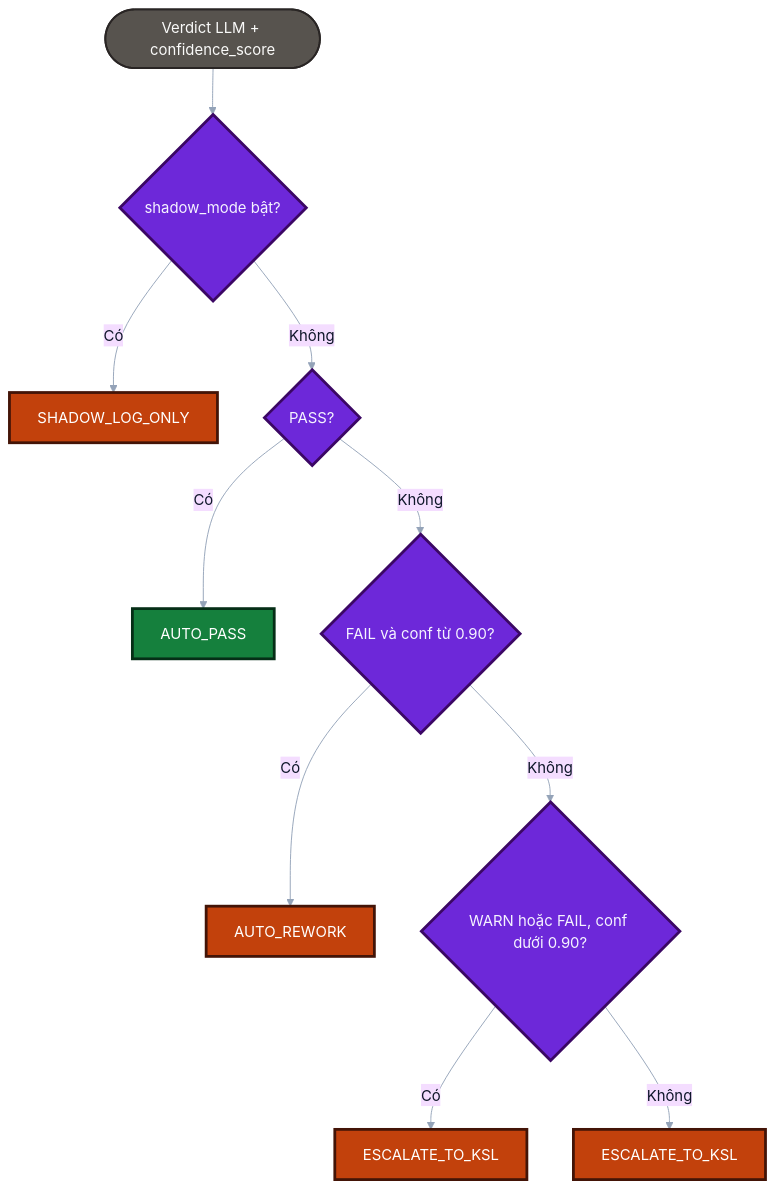
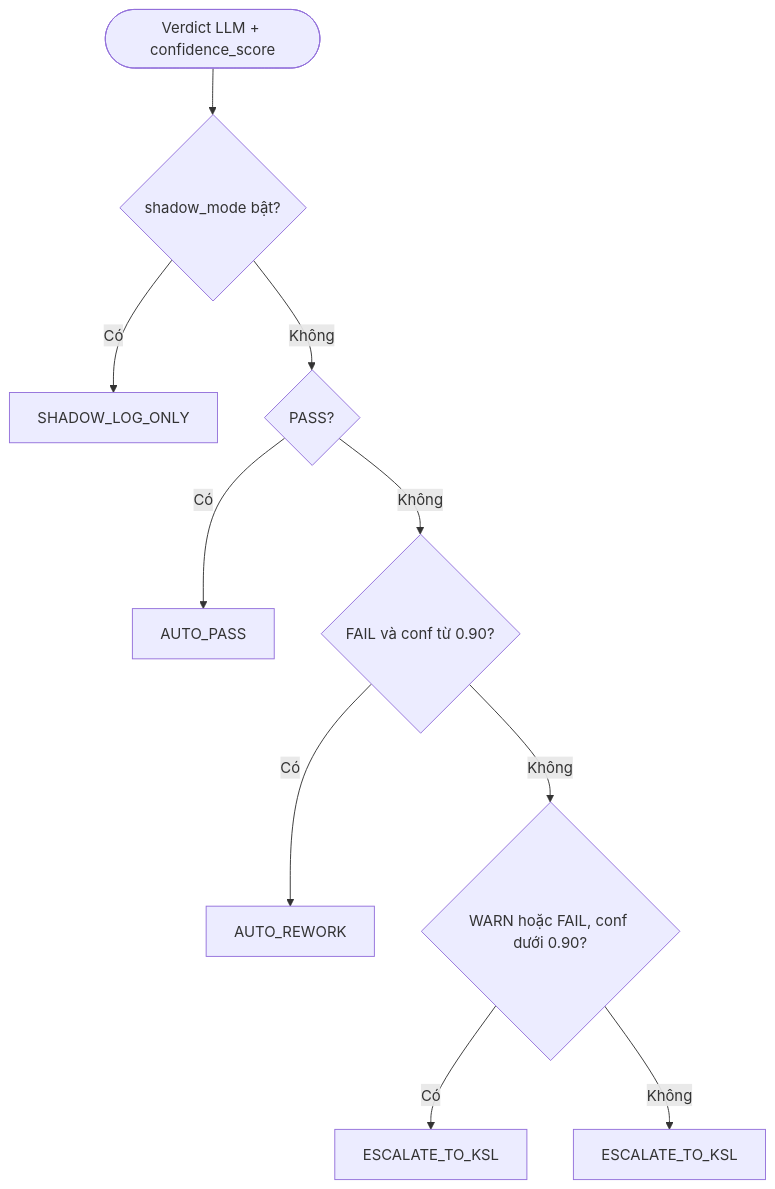
Before and after one commit to Tritintruong114/ai-agents-qa: the sixth of 8 diagrams in README.md, drawn with Mermaid. The commit also changed other lines of this file, not shown here.

First line of the commit message:
docs(readme): simplify Mermaid diagrams (remove theme, classDef, node classes)

````diff
--- a/README.md
+++ b/README.md
@@ -294,20 +263,13 @@
 ```mermaid
-%%{init: {'theme':'base', 'themeVariables': {'lineColor': '#94a3b8', 'primaryTextColor': '#0f172a'}}}%%
 flowchart TD
-    classDef pass fill:#15803d,stroke:#052e16,color:#ffffff,stroke-width:3px;
-    classDef fail fill:#b91c1c,stroke:#450a0a,color:#ffffff,stroke-width:3px;
-    classDef warn fill:#c2410c,stroke:#431407,color:#ffffff,stroke-width:3px;
-    classDef neutral fill:#1d4ed8,stroke:#172554,color:#ffffff,stroke-width:3px;
-    classDef step fill:#57534e,stroke:#292524,color:#fafaf9,stroke-width:2px;
-    classDef decision fill:#6d28d9,stroke:#3b0764,color:#f5f3ff,stroke-width:3px;
 
-    START([Verdict LLM + confidence_score]):::step --> SH{"shadow_mode bật?"}:::decision
-    SH -->|Có| L1[SHADOW_LOG_ONLY]:::warn
-    SH -->|Không| P{PASS?}:::decision
-    P -->|Có| L2[AUTO_PASS]:::pass
-    P -->|Không| F{"FAIL và conf từ 0.90?"}:::decision
-    F -->|Có| L3[AUTO_REWORK]:::warn
-    F -->|Không| W{"WARN hoặc FAIL, conf dưới 0.90?"}:::decision
-    W -->|Có| L4[ESCALATE_TO_KSL]:::warn
-    W -->|Không| L5[ESCALATE_TO_KSL]:::warn
+    START([Verdict LLM + confidence_score]) --> SH{"shadow_mode bật?"}
+    SH -->|Có| L1[SHADOW_LOG_ONLY]
+    SH -->|Không| P{PASS?}
+    P -->|Có| L2[AUTO_PASS]
+    P -->|Không| F{"FAIL và conf từ 0.90?"}
+    F -->|Có| L3[AUTO_REWORK]
+    F -->|Không| W{"WARN hoặc FAIL, conf dưới 0.90?"}
+    W -->|Có| L4[ESCALATE_TO_KSL]
+    W -->|Không| L5[ESCALATE_TO_KSL]
 ```
````
